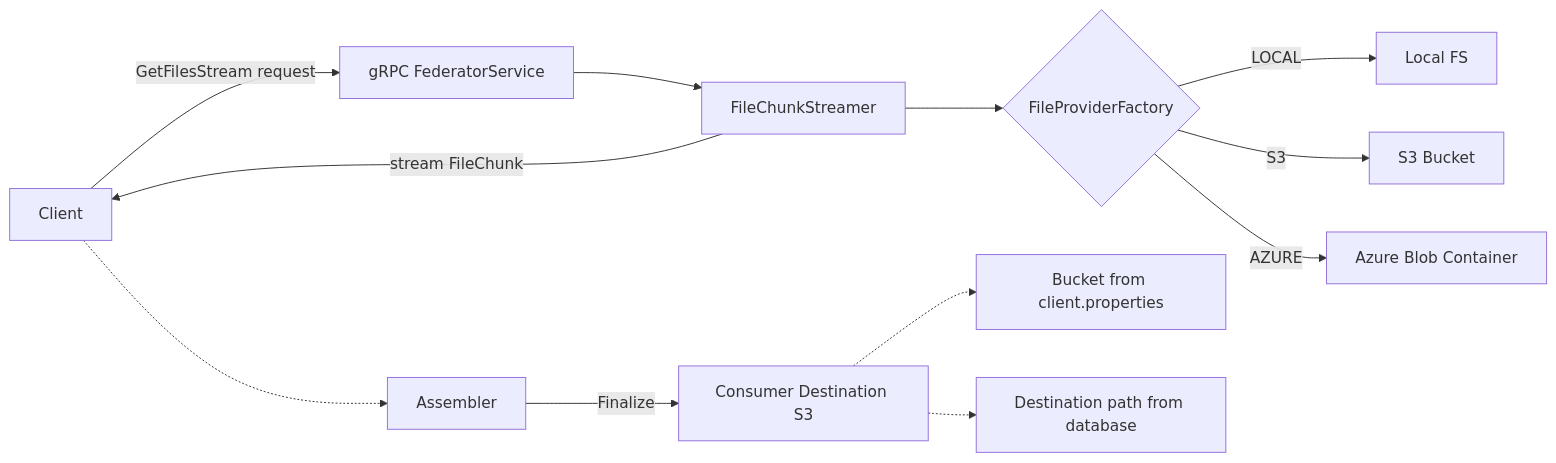
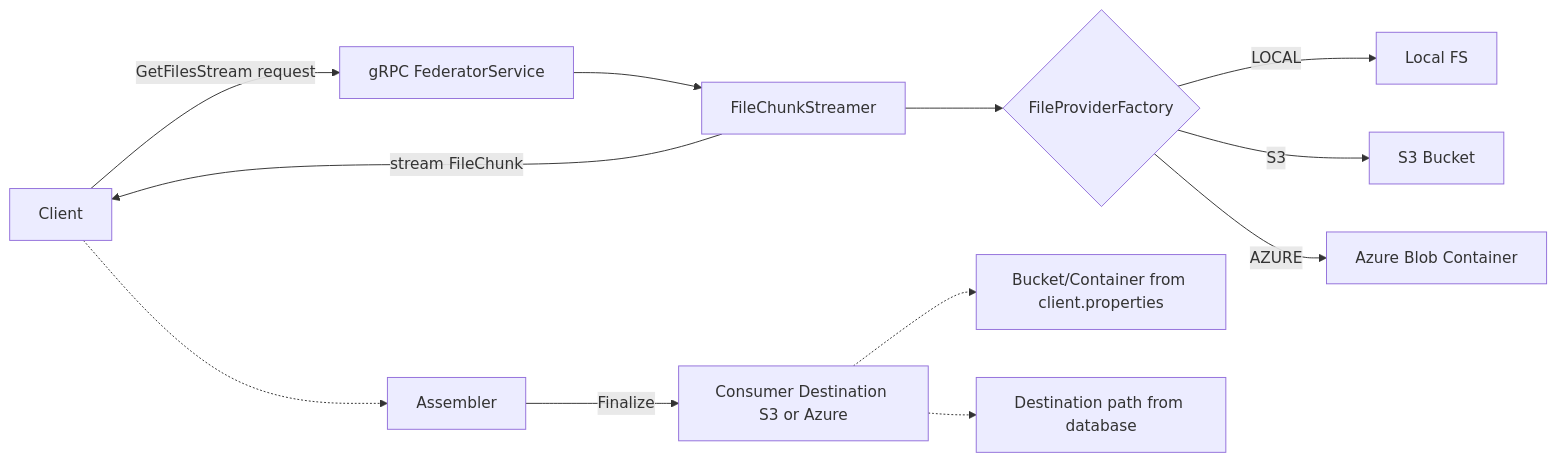
Before and after one commit to National-Digital-Twin/federator: the first of 9 diagrams in docs/FILE_STREAMINING_README.md, drawn with Mermaid. The commit also changed other lines of this file and 15 other files, not shown here.

Commit message:
DPAV-2110-azure-file-storage-consumer

````diff
--- a/docs/FILE_STREAMINING_README.md
+++ b/docs/FILE_STREAMINING_README.md
@@ -20,15 +20,15 @@
 ```mermaid
 flowchart LR
     A[Client] -- GetFilesStream request --> B[gRPC FederatorService]
     B --> C[FileChunkStreamer]
     C --> D{FileProviderFactory}
     D -->|LOCAL| E[Local FS]
     D -->|S3| F[S3 Bucket]
     D -->|AZURE| Z[Azure Blob Container]
     C -- stream FileChunk --> A
     A -.-> G[Assembler]
-    G -->|Finalize| H[Consumer Destination S3]
+    G -->|Finalize| H[Consumer Destination S3 or Azure]
     %% Using unlabeled dotted edges to avoid Mermaid lexical issues with label text
-    H -.-> I[Bucket from client.properties]
+    H -.-> I[Bucket/Container from client.properties]
     H -.-> J[Destination path from database]
 ```
````
